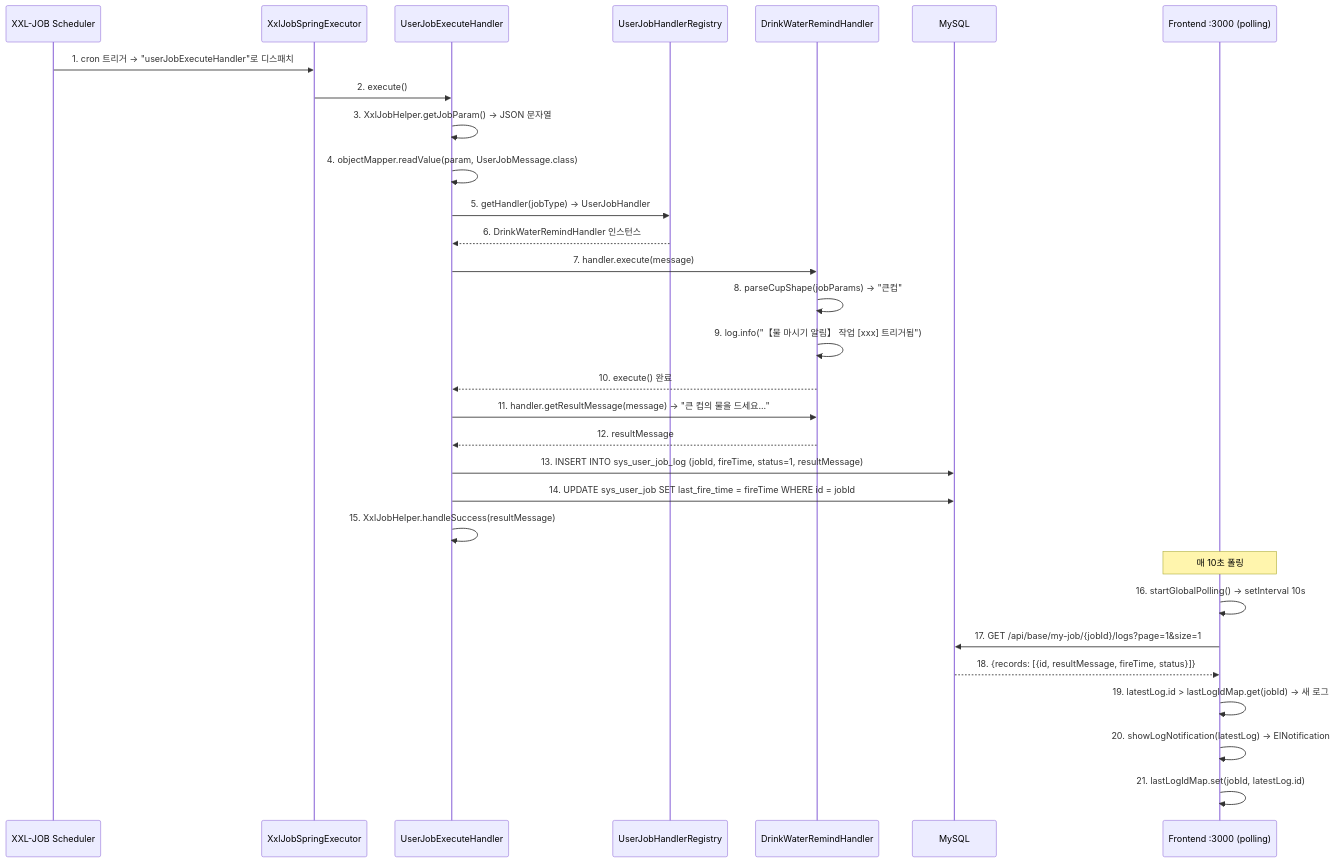
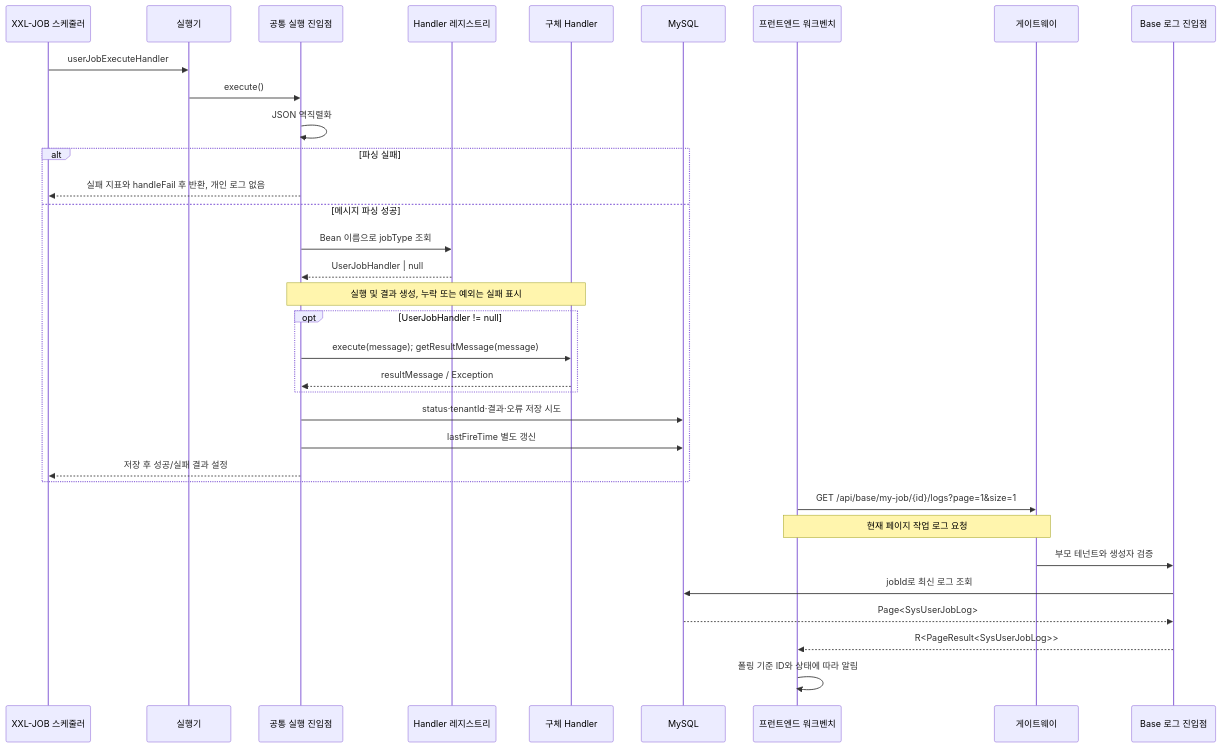
Diagram 13 of 21 in docs/core-flows.kr.md (wang-baohai/Omni-Stack), drawn with Mermaid before and after one commit. The commit also changed other lines of this file and 1095 other files, not shown here.

````diff
--- a/docs/core-flows.kr.md
+++ b/docs/core-flows.kr.md
@@ -1404,34 +1122,36 @@
 ```mermaid
 sequenceDiagram
-    participant XA as XXL-JOB Scheduler
-    participant XE as XxlJobSpringExecutor
-    participant H as UserJobExecuteHandler
-    participant R as UserJobHandlerRegistry
-    participant DH as DrinkWaterRemindHandler
-    participant M as MySQL
-    participant F as Frontend :3000 (polling)
-
-    XA->>XE: 1. cron 트리거 → "userJobExecuteHandler"로 디스패치
-    XE->>H: 2. execute()
-    H->>H: 3. XxlJobHelper.getJobParam() → JSON 문자열
-    H->>H: 4. objectMapper.readValue(param, UserJobMessage.class)
-    H->>R: 5. getHandler(jobType) → UserJobHandler
-    R-->>H: 6. DrinkWaterRemindHandler 인스턴스
-    H->>DH: 7. handler.execute(message)
-    DH->>DH: 8. parseCupShape(jobParams) → "큰컵"
-    DH->>DH: 9. log.info("【물 마시기 알림】 작업 [xxx] 트리거됨")
-    DH-->>H: 10. execute() 완료
-    H->>DH: 11. handler.getResultMessage(message) → "큰 컵의 물을 드세요..."
-    DH-->>H: 12. resultMessage
-    H->>M: 13. INSERT INTO sys_user_job_log (jobId, fireTime, status=1, resultMessage)
-    H->>M: 14. UPDATE sys_user_job SET last_fire_time = fireTime WHERE id = jobId
-    H->>H: 15. XxlJobHelper.handleSuccess(resultMessage)
-
-    Note over F: 매 10초 폴링
-    F->>F: 16. startGlobalPolling() → setInterval 10s
-    F->>M: 17. GET /api/base/my-job/{jobId}/logs?page=1&size=1
-    M-->>F: 18. {records: [{id, resultMessage, fireTime, status}]}
-    F->>F: 19. latestLog.id > lastLogIdMap.get(jobId) → 새 로그
-    F->>F: 20. showLogNotification(latestLog) → ElNotification
-    F->>F: 21. lastLogIdMap.set(jobId, latestLog.id)
+    participant A as XXL-JOB 스케줄러
+    participant E as 실행기
+    participant H as 공통 실행 진입점
+    participant R as Handler 레지스트리
+    participant T as 구체 Handler
+    participant D as MySQL
+    participant F as 프런트엔드 워크벤치
+    participant G as 게이트웨이
+    participant B as Base 로그 진입점
+    A->>E: userJobExecuteHandler
+    E->>H: execute()
+    H->>H: JSON 역직렬화
+    alt 파싱 실패
+        H-->>A: 실패 지표와 handleFail 후 반환, 개인 로그 없음
+    else 메시지 파싱 성공
+        H->>R: Bean 이름으로 jobType 조회
+        R-->>H: UserJobHandler | null
+        Note over H,T: 실행 및 결과 생성, 누락 또는 예외는 실패 표시
+        opt UserJobHandler != null
+            H->>T: execute(message)#59; getResultMessage(message)
+            T-->>H: resultMessage / Exception
+        end
+        H->>D: status·tenantId·결과·오류 저장 시도
+        H->>D: lastFireTime 별도 갱신
+        H-->>A: 저장 후 성공/실패 결과 설정
+    end
+    F->>G: GET /api/base/my-job/{id}/logs?page=1&size=1
+    Note over F,G: 현재 페이지 작업 로그 요청
+    G->>B: 부모 테넌트와 생성자 검증
+    B->>D: jobId로 최신 로그 조회
+    D-->>B: Page<SysUserJobLog>
+    B-->>F: R<PageResult<SysUserJobLog>>
+    F->>F: 폴링 기준 ID와 상태에 따라 알림
 ```
````
